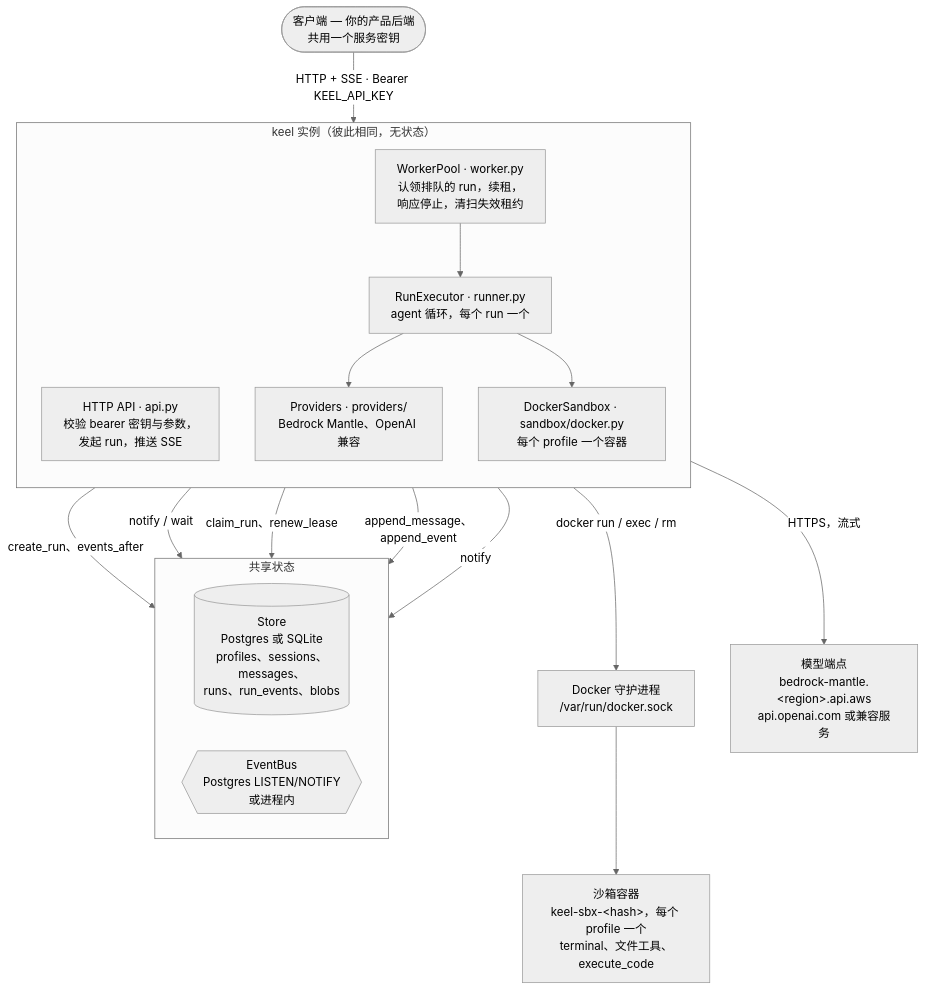
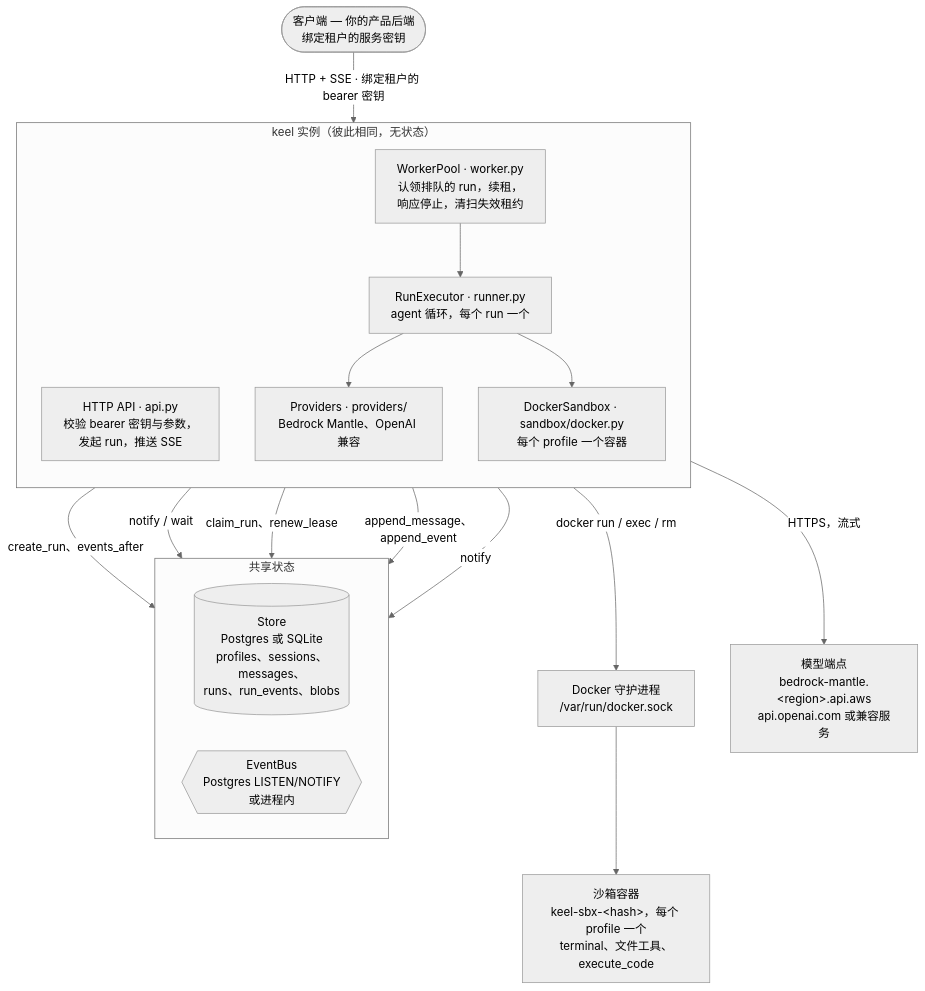
One commit to ryang420/agent-keel changed the first of 9 diagrams in docs/architecture_zh.md. Above: the diagram before and after it, drawn with Mermaid (neutral theme). The commit also changed other lines of this file and 32 other files, not shown here.

````diff
--- a/docs/architecture_zh.md
+++ b/docs/architecture_zh.md
@@ -17,36 +17,36 @@
 ```mermaid
 flowchart TB
-    CL(["客户端 — 你的产品后端<br/>共用一个服务密钥"])
+    CL(["客户端 — 你的产品后端<br/>绑定租户的服务密钥"])
 
     subgraph inst["keel 实例（彼此相同，无状态）"]
         direction TB
         API["HTTP API · api.py<br/>校验 bearer 密钥与参数，<br/>发起 run，推送 SSE"]
         WP["WorkerPool · worker.py<br/>认领排队的 run，续租，<br/>响应停止，清扫失效租约"]
         EX["RunExecutor · runner.py<br/>agent 循环，每个 run 一个"]
         SB["DockerSandbox · sandbox/docker.py<br/>每个 profile 一个容器"]
         PR["Providers · providers/<br/>Bedrock Mantle、OpenAI 兼容"]
     end
 
     subgraph shared["共享状态"]
         direction LR
         DB[("Store<br/>Postgres 或 SQLite<br/>profiles、sessions、messages、<br/>runs、run_events、blobs")]
         BUS{{"EventBus<br/>Postgres LISTEN/NOTIFY<br/>或进程内"}}
     end
 
     DK["Docker 守护进程<br/>/var/run/docker.sock"]
     SBX["沙箱容器<br/>keel-sbx-&lt;hash&gt;，每个 profile 一个<br/>terminal、文件工具、execute_code"]
     LLM["模型端点<br/>bedrock-mantle.&lt;region&gt;.api.aws<br/>api.openai.com 或兼容服务"]
 
-    CL -->|"HTTP + SSE · Bearer KEEL_API_KEY"| API
+    CL -->|"HTTP + SSE · 绑定租户的 bearer 密钥"| API
     API -->|"create_run、events_after"| DB
     API -->|"notify / wait"| BUS
     WP -->|"claim_run、renew_lease"| DB
     WP --> EX
     EX -->|"append_message、append_event"| DB
     EX -->|"notify"| BUS
     EX --> PR
     EX --> SB
     PR -->|"HTTPS，流式"| LLM
     SB -->|"docker run / exec / rm"| DK
     DK --> SBX
 ```
````
